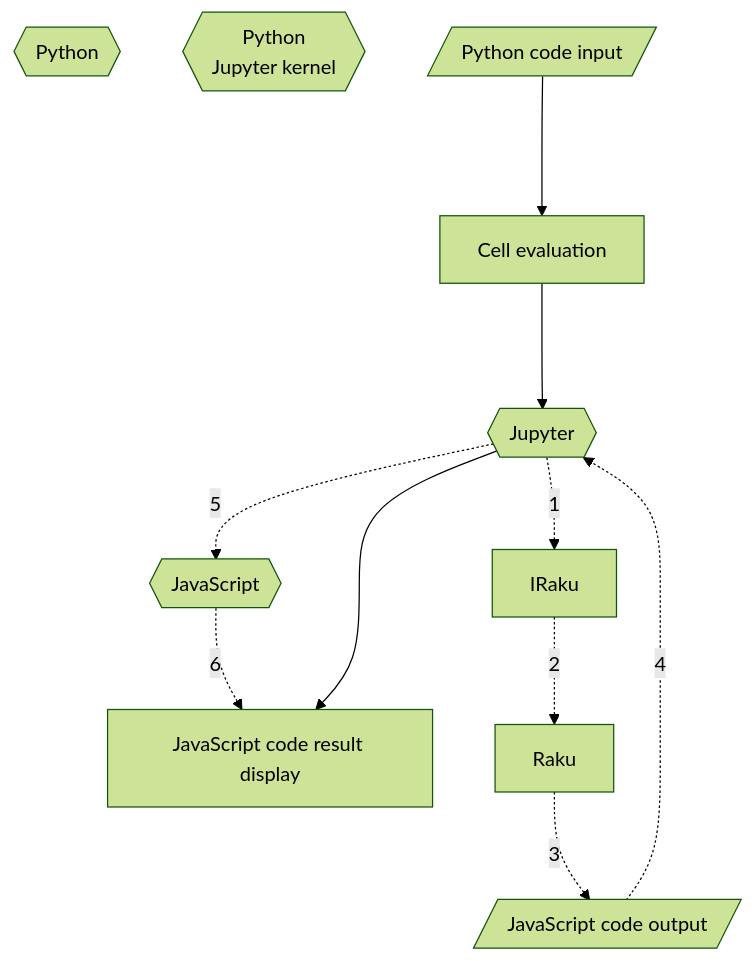
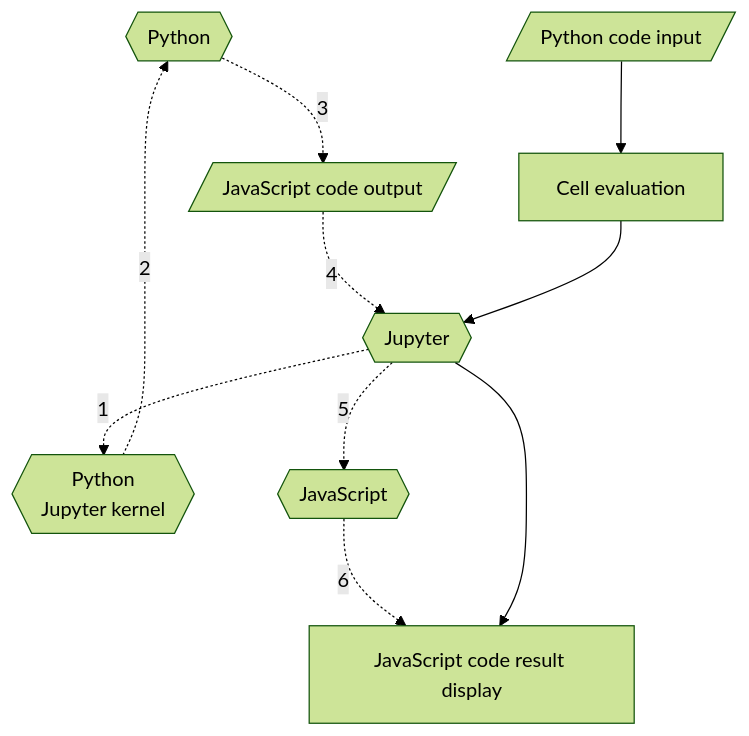
The diagram in JavaScriptD3/README.md (antononcube/Python-packages), drawn with Mermaid (forest theme) before and after one commit.

Commit message:
docs:Correct Mermaid-JS diagram.

````diff
--- a/JavaScriptD3/README.md
+++ b/JavaScriptD3/README.md
@@ -70,14 +70,14 @@
 ```mermaid
 graph TD
    Python{{Python}}
    IPython{{"Python<br>Jupyter kernel"}}
    Jupyter{{Jupyter}}
    JS{{JavaScript}}
    PythonInput[/Python code input/]
    JSOutput[/JavaScript code output/]
    CellEval[Cell evaluation]
    JSResDisplay[JavaScript code result display]
-   Jupyter -.-> |1|IRaku -.-> |2|Raku -.-> |3|JSOutput -.-> |4|Jupyter
+   Jupyter -.-> |1|IPython -.-> |2|Python -.-> |3|JSOutput -.-> |4|Jupyter
    Jupyter -.-> |5|JS -.-> |6|JSResDisplay
-   PythonInput ---> CellEval ---> Jupyter  ---> JSResDisplay
+   PythonInput --> CellEval --> Jupyter --> JSResDisplay
 ```
````
